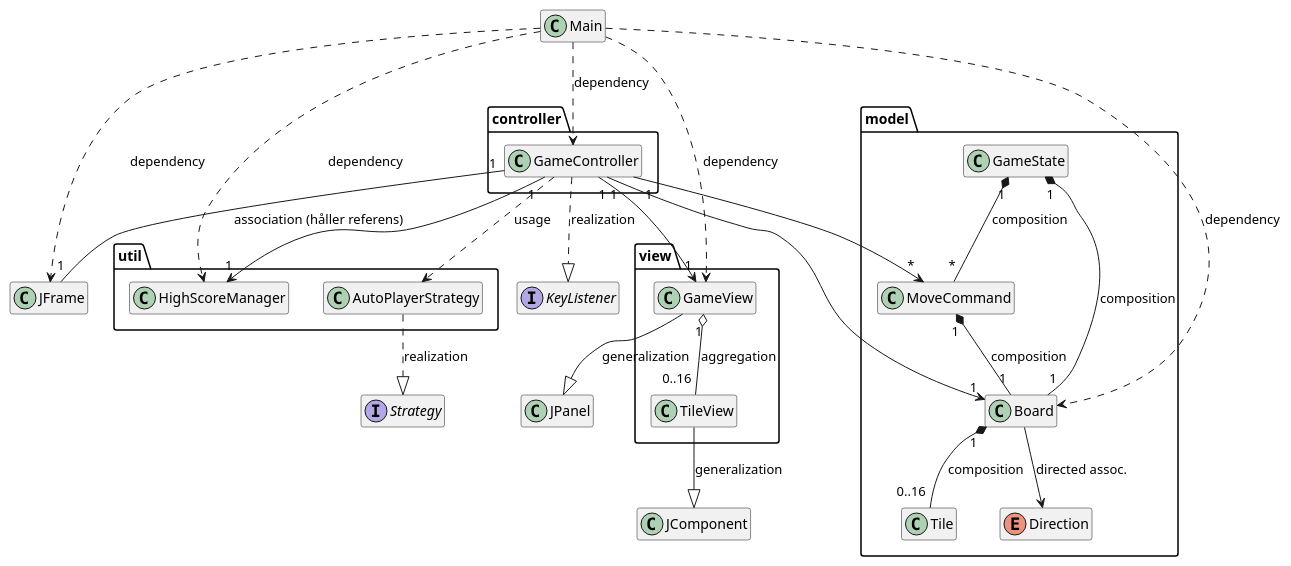
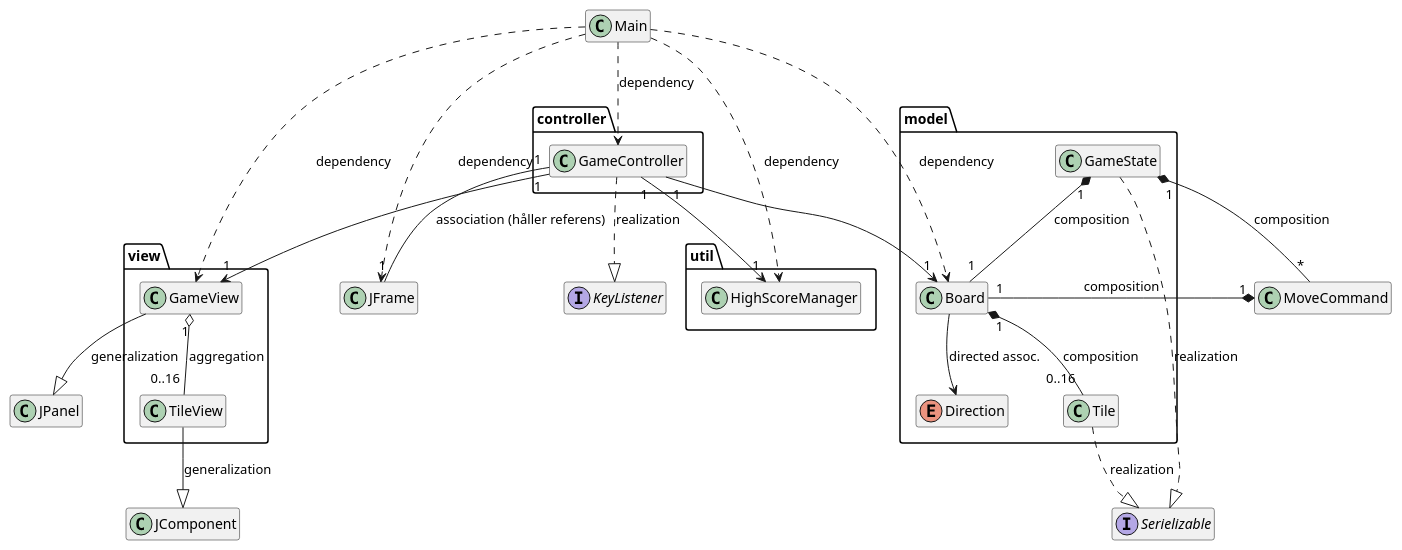
The diagram in Projekt/7.puml (sinatooor/Prutt), drawn with PlantUML before and after one commit. The commit also changed 4 other files, not shown here.

```diff
--- a/Projekt/7.puml
+++ b/Projekt/7.puml
@@ -1,82 +1,88 @@
 @startuml
 '––––––––– Layout & stil –––––––––
 skinparam classAttributeIconSize 0
 hide empty members
 
 '––––––––– Paket –––––––––
 package controller {
     class GameController
 }
 
 package model {
     class Board
+    enum  Direction
+    class GameState
     class Tile
-    enum  Direction
-    class MoveCommand
-    class GameState
 }
 
 package view {
     class GameView
     class TileView
 }
 
 package util {
     class HighScoreManager
-    class AutoPlayerStrategy
+
 }
 
 class Main
 
 ' Externa Swing-klasser (för arvs-/assoc-pilar)
 class JFrame
 class JPanel
 class JComponent
 interface KeyListener
+interface Serielizable
+
 
 ' Enkel strategi-interface för att kunna visa «Realization»
-interface Strategy
+
 
 '––––––––– Relationer med *korrekta* UML-pilar –––––––––
 '
 '  ▸ Composition        *--
 '  ▸ Aggregation        o--
 '  ▸ Association        --
 '  ▸ Directed Assoc.    -->
 '  ▸ Dependency / Usage ..>
 '  ▸ Generalization     --|>
 '  ▸ Realization        ..|>
 
 '— Model
-Board    "1"  *--  "0..16" Tile          : composition
+
 Board         -->  Direction             : directed assoc.
+Tile          ..|> Serielizable         : realization
+GameState    ..|> Serielizable         : realization
+Board         "1" *-- "0..16" Tile   : composition
+
+
+
 
 '— Controller
 GameController "1" -->  "1"  Board
 GameController "1" -->  "1"  GameView
 GameController "1" -->  "1"  HighScoreManager
-GameController "1" -->  "*"  MoveCommand
-GameController      ..>       AutoPlayerStrategy      : usage
+
 GameController      ..|>      KeyListener             : realization
 GameController "1" --  "1"  JFrame                   : association (håller referens)
 
 '— View
 GameView  "1" o-- "0..16" TileView                   : aggregation
 GameView       --|> JPanel                           : generalization
 TileView       --|> JComponent                       : generalization
 
 '— Undo & Save/Load
 MoveCommand "1" *-- "1" Board                        : composition
 GameState   "1" *-- "1" Board                        : composition
 GameState   "1" *-- "*" MoveCommand                  : composition
 
 '— Strategy-exempel
-AutoPlayerStrategy ..|> Strategy                     : realization
+
 
 '— Startklass
 Main        ..>  GameController                      : dependency
 Main        ..>  Board                               : dependency
 Main        ..>  GameView                            : dependency
 Main        ..>  HighScoreManager                    : dependency
 Main        ..>  JFrame                              : dependency
 @enduml
```
